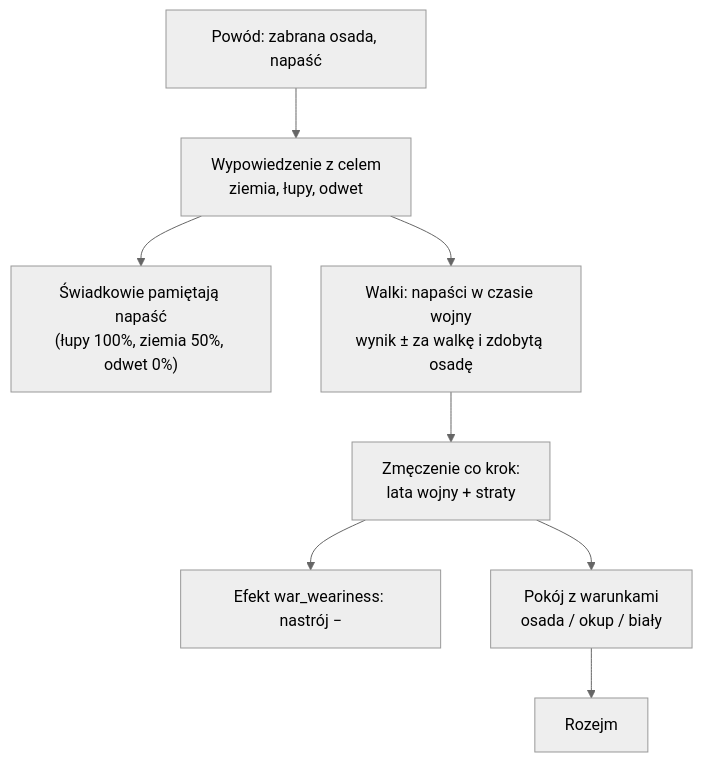
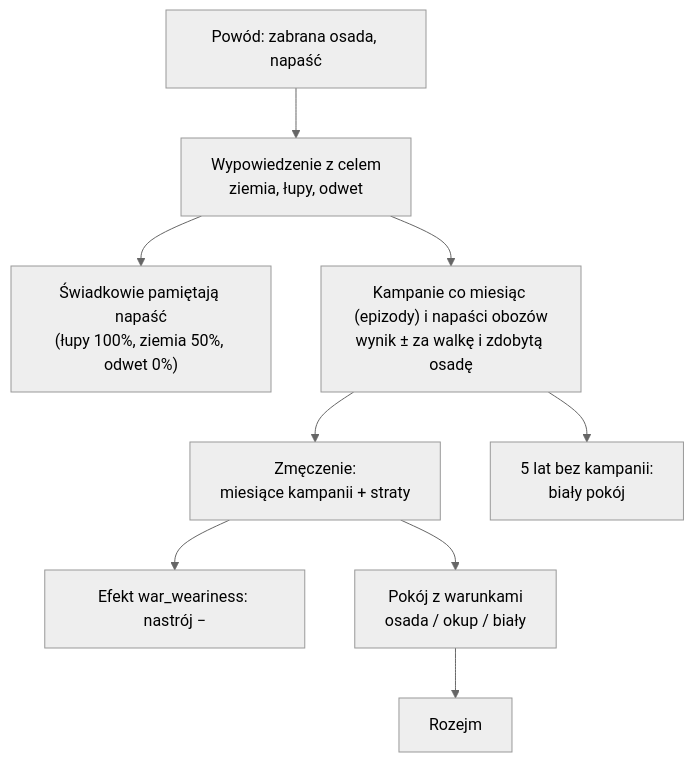
The diagram in docs/systems/war.md (CoStellar/CivSim2), drawn with Mermaid (neutral theme) before and after one commit. The commit also changed other lines of this file and 9 other files, not shown here.

First line of the commit message:
Stage 4e PR 2: docs, statistics, roadmap

````diff
--- a/docs/systems/war.md
+++ b/docs/systems/war.md
@@ -16,10 +16,11 @@
 ```mermaid
 flowchart TD
   C["Powód: zabrana osada, napaść"] --> D["Wypowiedzenie z celem<br/>ziemia, łupy, odwet"]
   D --> R["Świadkowie pamiętają napaść<br/>(łupy 100%, ziemia 50%, odwet 0%)"]
-  D --> W["Walki: napaści w czasie wojny<br/>wynik ± za walkę i zdobytą osadę"]
-  W --> Z["Zmęczenie co krok:<br/>lata wojny + straty"]
+  D --> W["Kampanie co miesiąc (epizody) i napaści obozów<br/>wynik ± za walkę i zdobytą osadę"]
+  W --> Z["Zmęczenie:<br/>miesiące kampanii + straty"]
+  W --> Q["5 lat bez kampanii:<br/>biały pokój"]
   Z --> M["Efekt war_weariness: nastrój −"]
   Z --> P["Pokój z warunkami<br/>osada / okup / biały"]
   P --> T["Rozejm"]
 ```
````
